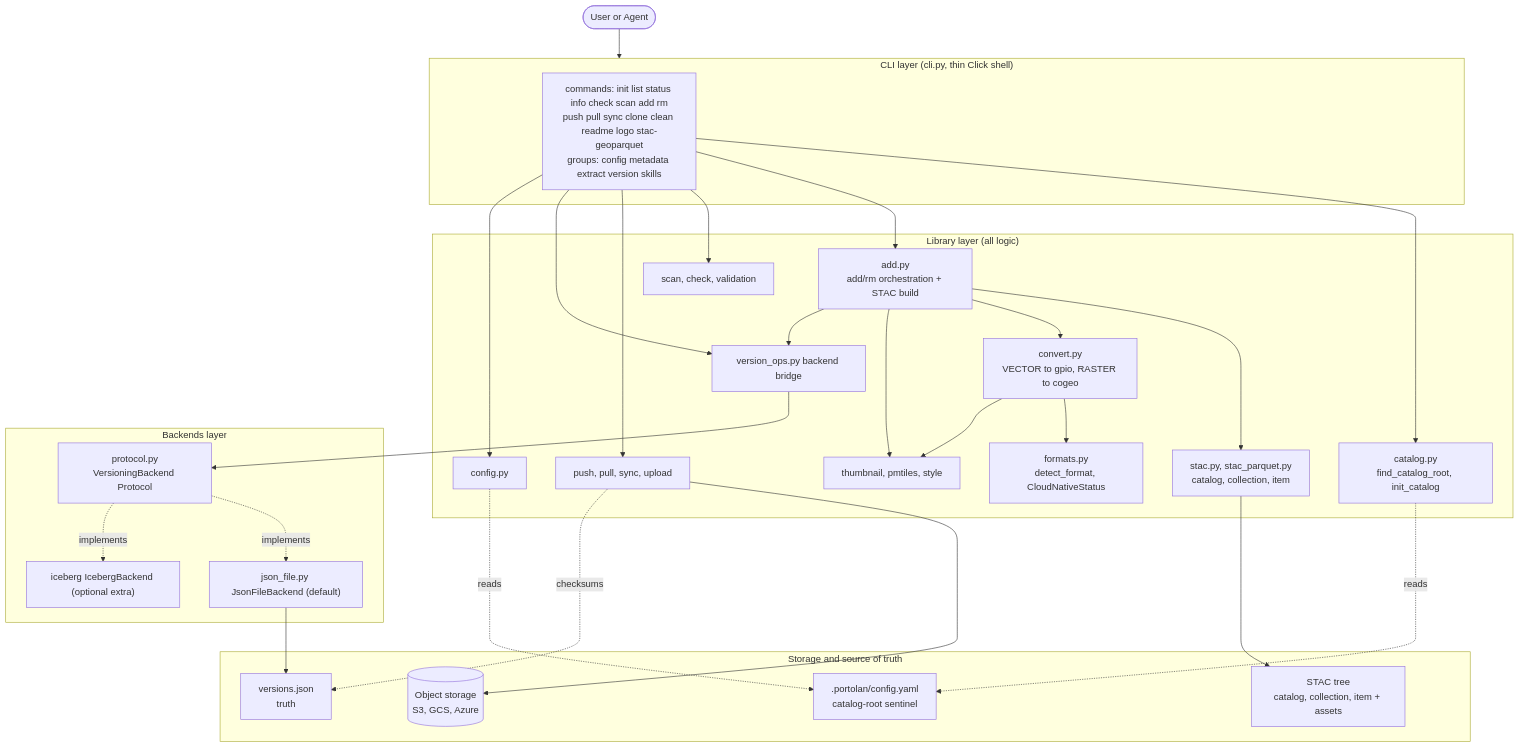
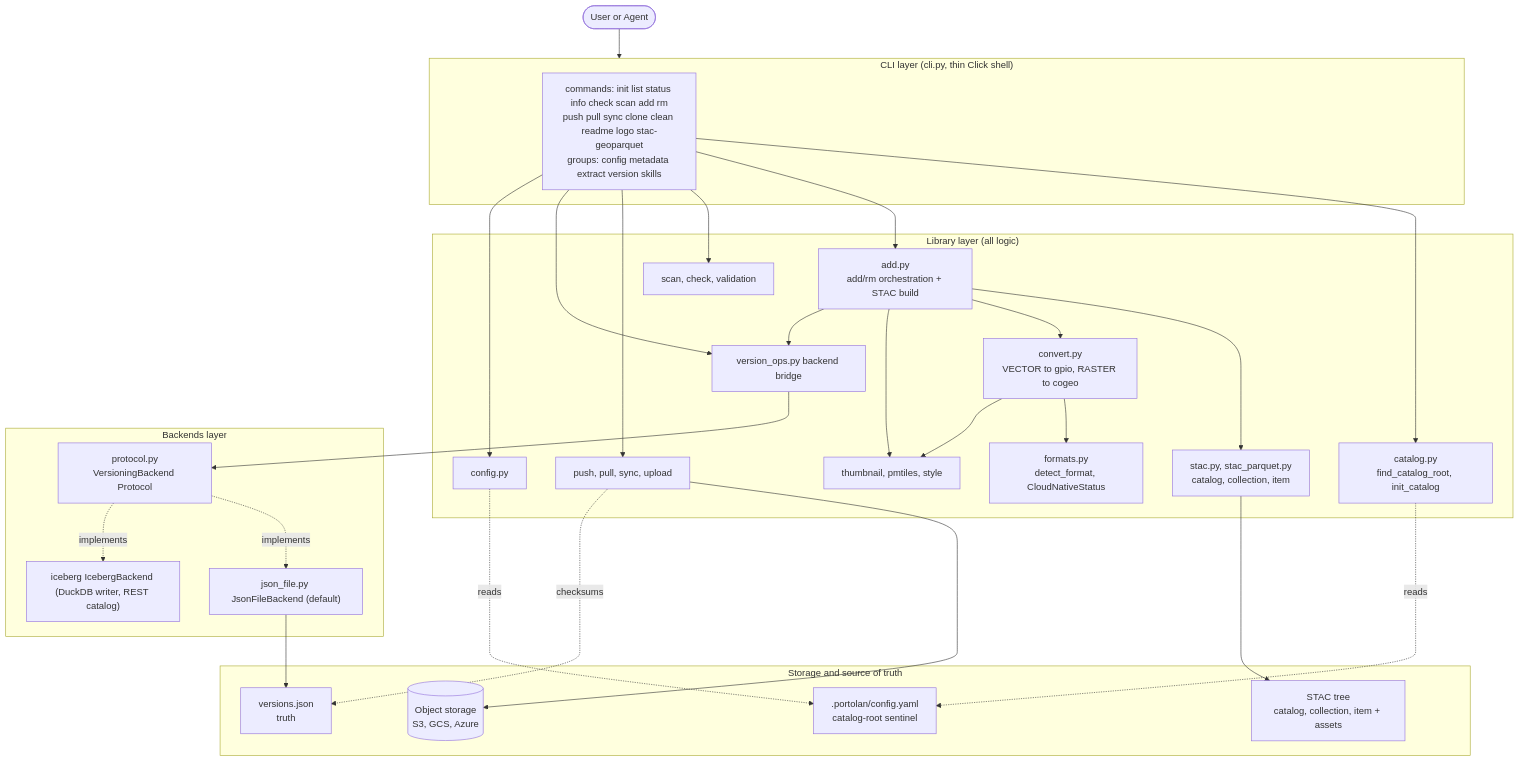
Before and after one commit to portolan-sdi/portolan-cli: the diagram in .claude/rules/architecture.md, drawn with Mermaid. The commit also changed other lines of this file and 62 other files, not shown here.

First line of the commit message:
feat(iceberg): write format version 3 tables through DuckDB and a REST catalog

````diff
--- a/.claude/rules/architecture.md
+++ b/.claude/rules/architecture.md
@@ -15,51 +15,51 @@
 ```mermaid
 flowchart TD
     user([User or Agent]) --> CLI
     subgraph CLI["CLI layer (cli.py, thin Click shell)"]
         cmds["commands: init list status info check scan add rm<br/>push pull sync clone clean readme logo stac-geoparquet<br/>groups: config metadata extract version skills"]
     end
     subgraph LIB["Library layer (all logic)"]
         catalog["catalog.py<br/>find_catalog_root, init_catalog"]
         dataset["add.py<br/>add/rm orchestration + STAC build"]
         stac["stac.py, stac_parquet.py<br/>catalog, collection, item"]
         formats["formats.py<br/>detect_format, CloudNativeStatus"]
         convert["convert.py<br/>VECTOR to gpio, RASTER to cogeo"]
         viz["thumbnail, pmtiles, style"]
         scan["scan, check, validation"]
         syncmod["push, pull, sync, upload"]
         vops["version_ops.py backend bridge"]
         config["config.py"]
     end
     subgraph BK["Backends layer"]
         proto["protocol.py<br/>VersioningBackend Protocol"]
         jsonbk["json_file.py JsonFileBackend (default)"]
-        iceberg["iceberg IcebergBackend (optional extra)"]
+        iceberg["iceberg IcebergBackend (DuckDB writer, REST catalog)"]
         proto -.implements.-> jsonbk
         proto -.implements.-> iceberg
     end
     subgraph STORE["Storage and source of truth"]
         sentinel[".portolan/config.yaml<br/>catalog-root sentinel"]
         versions["versions.json<br/>truth"]
         stactree["STAC tree<br/>catalog, collection, item + assets"]
         object[("Object storage<br/>S3, GCS, Azure")]
     end
     cmds --> catalog
     cmds --> dataset
     cmds --> scan
     cmds --> syncmod
     cmds --> vops
     cmds --> config
     dataset --> stac
     dataset --> convert
     convert --> formats
     convert --> viz
     dataset --> viz
     dataset --> vops
     vops --> proto
     catalog -.reads.-> sentinel
     config -.reads.-> sentinel
     jsonbk --> versions
     stac --> stactree
     syncmod --> object
     syncmod -.checksums.-> versions
 ```
````
